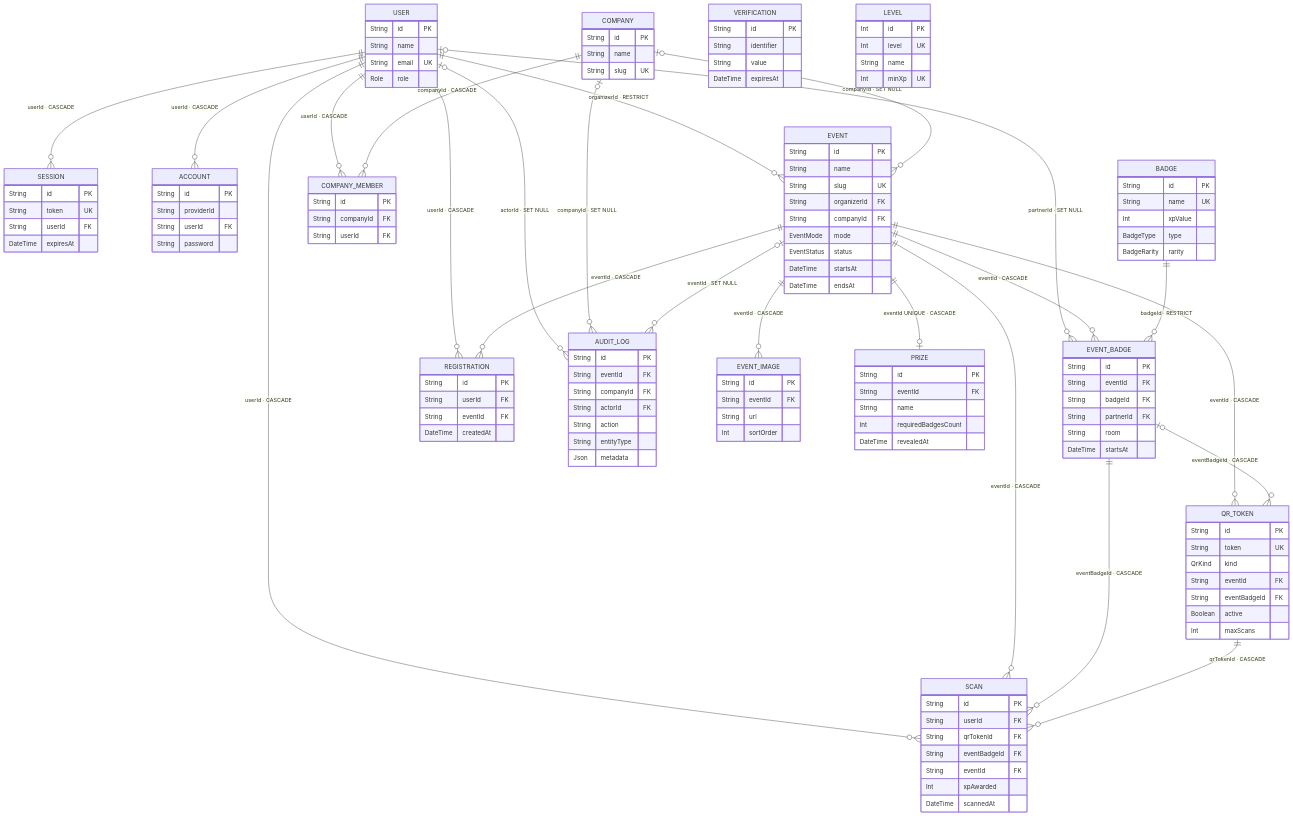
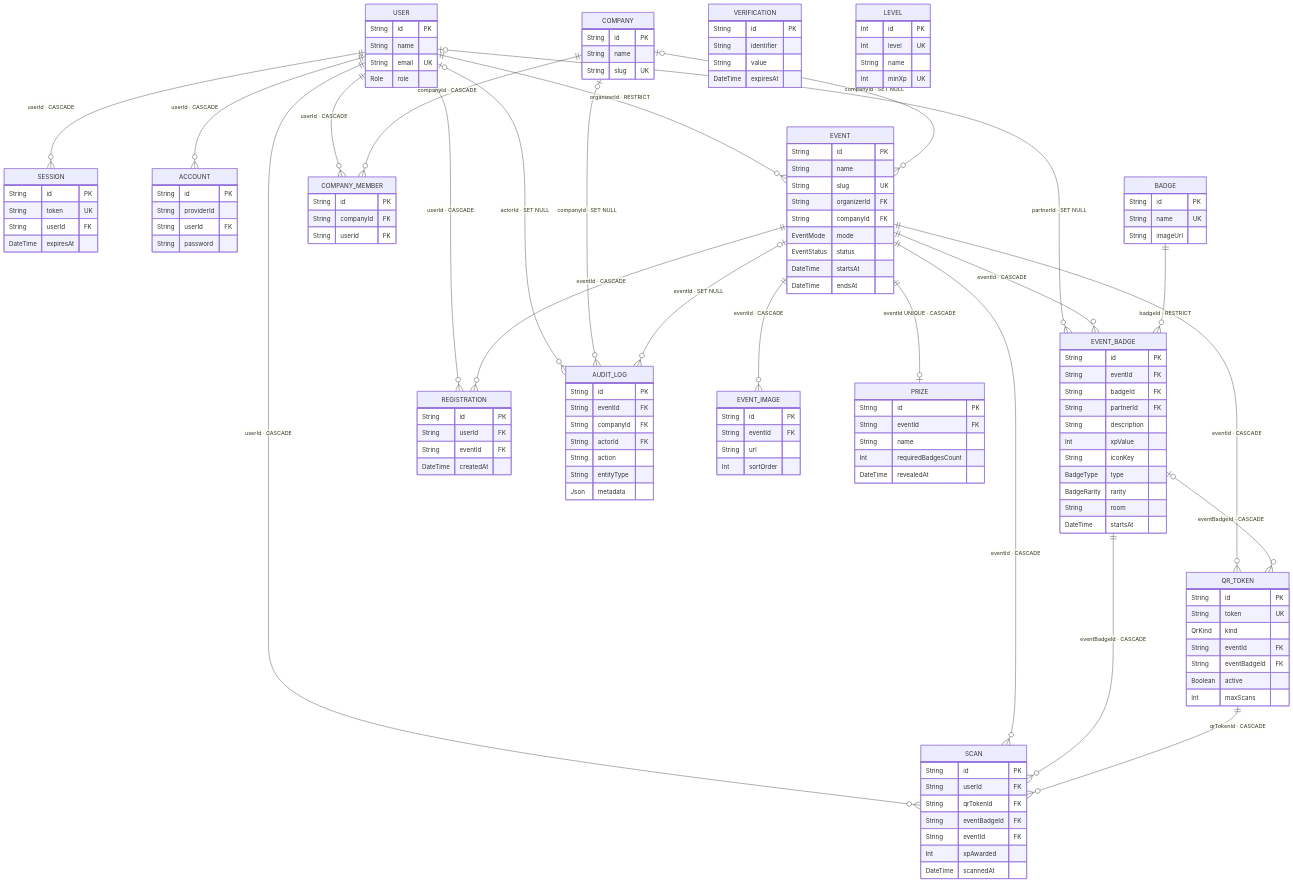
Before and after one commit to Fabriva12/lyfter-badges: the diagram in docs/database.md, drawn with Mermaid. The commit also changed other lines of this file and 20 other files, not shown here.

```diff
--- a/docs/database.md
+++ b/docs/database.md
@@ -102,15 +102,18 @@
     BADGE {
         String id PK
         String name UK
-        Int xpValue
-        BadgeType type
-        BadgeRarity rarity
+        String imageUrl
     }
     EVENT_BADGE {
         String id PK
         String eventId FK
         String badgeId FK
         String partnerId FK
+        String description
+        Int xpValue
+        String iconKey
+        BadgeType type
+        BadgeRarity rarity
         String room
         DateTime startsAt
     }
```
